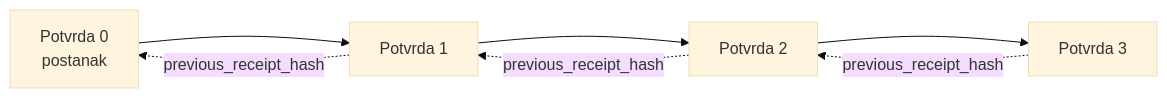
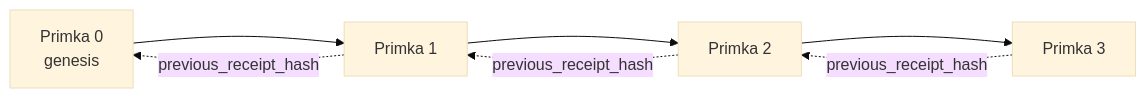
The second of 2 diagrams in translations/hr/18-securing-ai-agents/README.md (microsoft/ai-agents-for-beginners), drawn with Mermaid (base theme) before and after one commit. The commit also changed other lines of this file and 47 other files, not shown here.

````diff
--- a/translations/hr/18-securing-ai-agents/README.md
+++ b/translations/hr/18-securing-ai-agents/README.md
@@ -206,9 +203,9 @@
 ```mermaid
 flowchart LR
-    R0[Potvrda 0<br/>postanak] --> R1[Potvrda 1]
-    R1 --> R2[Potvrda 2]
-    R2 --> R3[Potvrda 3]
+    R0[Primka 0<br/>genesis] --> R1[Primka 1]
+    R1 --> R2[Primka 2]
+    R2 --> R3[Primka 3]
     R1 -. previous_receipt_hash .-> R0
     R2 -. previous_receipt_hash .-> R1
     R3 -. previous_receipt_hash .-> R2
 ```
````
